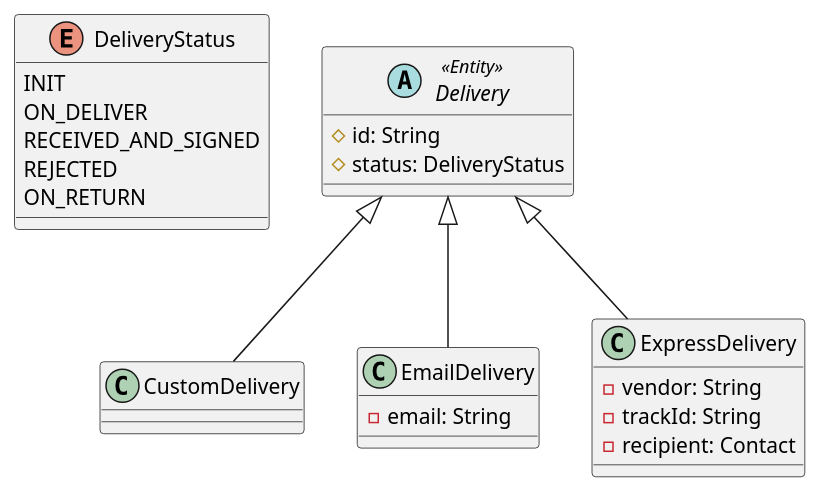
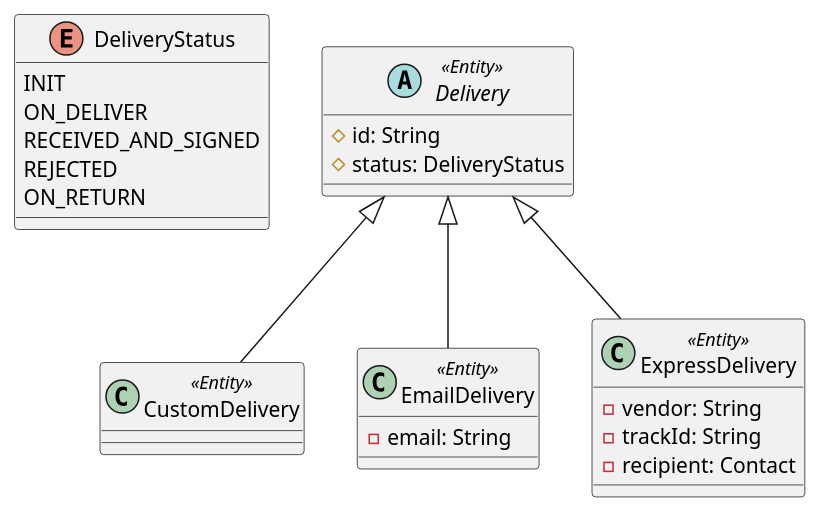
Before and after one commit to rscai/rscai.github.io: diagram 13 of 17 in _posts/2018-10-28-Java-Persistence-API.md, drawn with PlantUML. The commit also changed other lines of this file, not shown here.

````diff
--- a/_posts/2018-10-28-Java-Persistence-API.md
+++ b/_posts/2018-10-28-Java-Persistence-API.md
@@ -440,29 +420,29 @@
 ```puml
 @startuml
 enum DeliveryStatus {
     INIT
     ON_DELIVER
     RECEIVED_AND_SIGNED
     REJECTED
     ON_RETURN
 }
 abstract class Delivery <<Entity>> {
     #id: String
     #status: DeliveryStatus
 }
-class CustomDelivery {
+class CustomDelivery <<Entity>> {
 }
-class EmailDelivery {
+class EmailDelivery <<Entity>> {
     -email: String
 }
-class ExpressDelivery {
+class ExpressDelivery <<Entity>> {
     -vendor: String
     -trackId: String
     -recipient: Contact
 }
 
 Delivery <|-- CustomDelivery
 Delivery <|-- EmailDelivery
 Delivery <|-- ExpressDelivery
 @enduml
 ```
````
